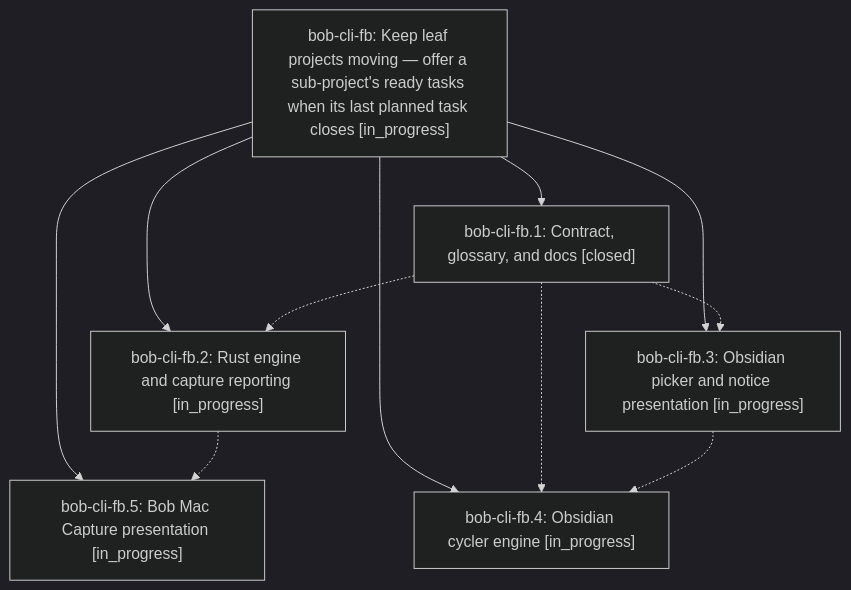
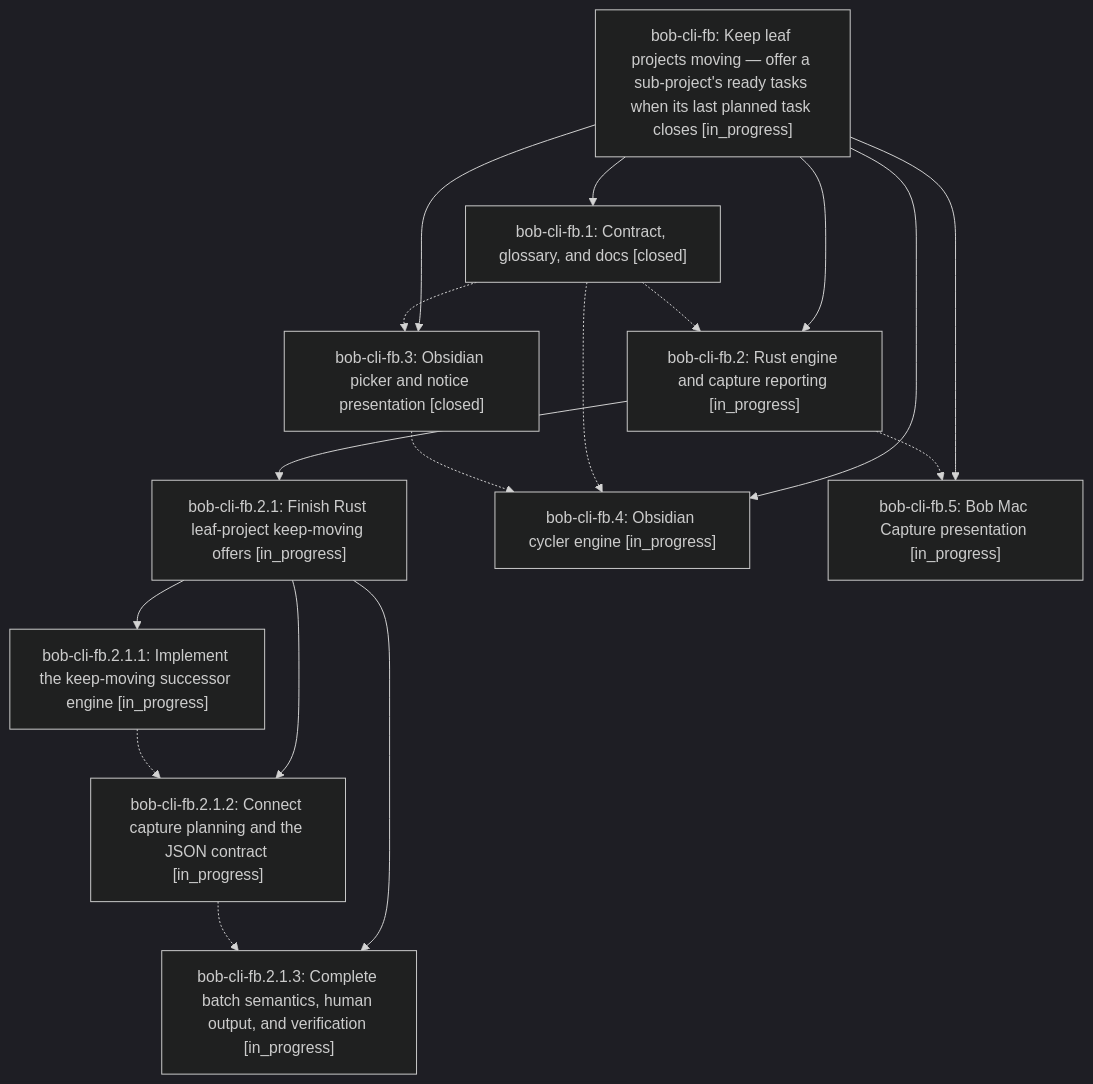
The diagram in pages/bob-cli-fb/README.md (bobs-org/bob-cli--beads), drawn with Mermaid (dark theme) before and after one commit. The commit also changed other lines of this file and 8 other files, not shown here.

First line of the commit message:
chore(beads): sync bead state and pages for bob-cli-fb

````diff
--- a/pages/bob-cli-fb/README.md
+++ b/pages/bob-cli-fb/README.md
@@ -38,19 +40,29 @@
 ```mermaid
 flowchart TD
     n0["bob-cli-fb: Keep leaf projects moving — offer a sub-project's ready tasks when its last planned task closes [in_progress]"]
     n1["bob-cli-fb.1: Contract, glossary, and docs [closed]"]
     n2["bob-cli-fb.2: Rust engine and capture reporting [in_progress]"]
-    n3["bob-cli-fb.3: Obsidian picker and notice presentation [in_progress]"]
-    n4["bob-cli-fb.4: Obsidian cycler engine [in_progress]"]
-    n5["bob-cli-fb.5: Bob Mac Capture presentation [in_progress]"]
+    n3["bob-cli-fb.2.1: Finish Rust leaf-project keep-moving offers [in_progress]"]
+    n4["bob-cli-fb.2.1.1: Implement the keep-moving successor engine [in_progress]"]
+    n5["bob-cli-fb.2.1.2: Connect capture planning and the JSON contract [in_progress]"]
+    n6["bob-cli-fb.2.1.3: Complete batch semantics, human output, and verification [in_progress]"]
+    n7["bob-cli-fb.3: Obsidian picker and notice presentation [closed]"]
+    n8["bob-cli-fb.4: Obsidian cycler engine [in_progress]"]
+    n9["bob-cli-fb.5: Bob Mac Capture presentation [in_progress]"]
     n0 --> n1
     n0 --> n2
-    n0 --> n3
-    n0 --> n4
-    n0 --> n5
+    n2 --> n3
+    n3 --> n4
+    n3 --> n5
+    n3 --> n6
+    n0 --> n7
+    n0 --> n8
+    n0 --> n9
     n1 -.-> n2
-    n1 -.-> n3
-    n1 -.-> n4
-    n2 -.-> n5
-    n3 -.-> n4
+    n1 -.-> n7
+    n1 -.-> n8
+    n2 -.-> n9
+    n4 -.-> n5
+    n5 -.-> n6
+    n7 -.-> n8
 ```
````
